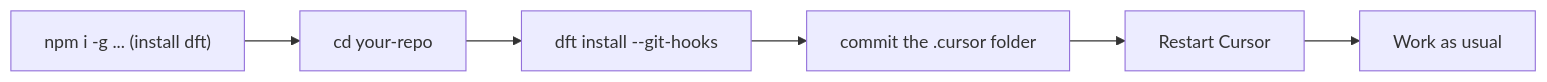
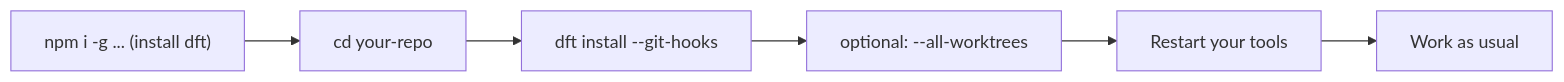
The fourth of 19 diagrams in docs/HOW-IT-WORKS.md (BleedingDev/dx-feature-tracker), drawn with Mermaid before and after one commit. The commit also changed other lines of this file and 3 other files, not shown here.

````diff
--- a/docs/HOW-IT-WORKS.md
+++ b/docs/HOW-IT-WORKS.md
@@ -133,8 +136,8 @@
 ```mermaid
 flowchart LR
     A["npm i -g ... (install dft)"] --> B["cd your-repo"]
     B --> C["dft install --git-hooks"]
-    C --> D["commit the .cursor folder"]
-    D --> E["Restart Cursor"]
+    C --> D["optional: --all-worktrees"]
+    D --> E["Restart your tools"]
     E --> F["Work as usual"]
 ```
````
